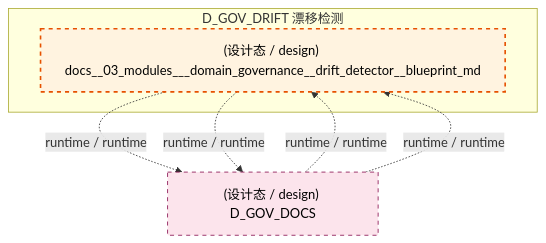
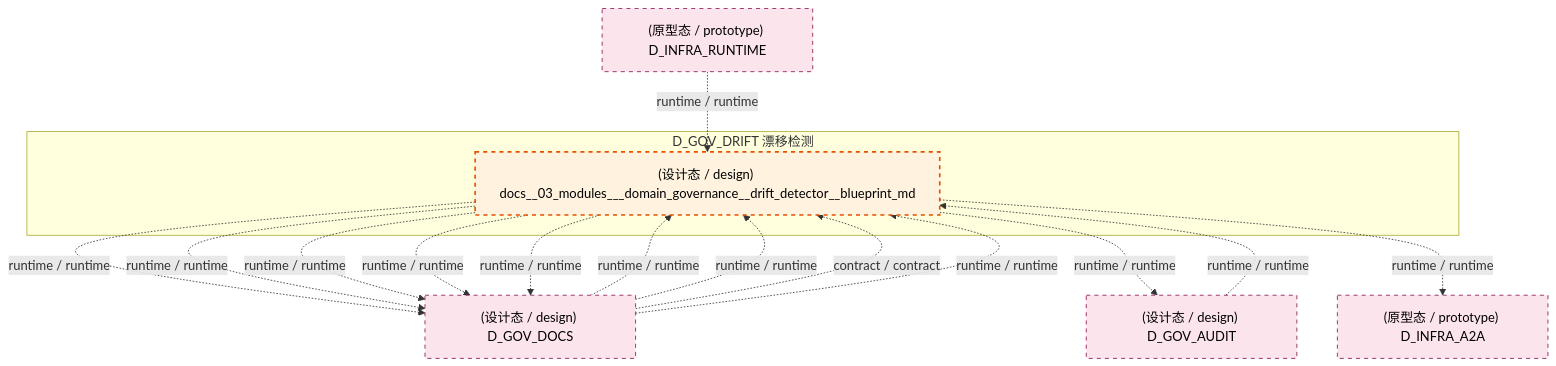
One commit to xuanFelixVan/ZephyrAlpha changed the fifth of 7 diagrams in docs/02_enterprise_architecture/02_domain_architecture_docs/41_d_gov_drift.md. Above: the diagram before and after it, drawn with Mermaid. The commit also changed other lines of this file and 126 other files, not shown here.

````diff
--- a/docs/02_enterprise_architecture/02_domain_architecture_docs/41_d_gov_drift.md
+++ b/docs/02_enterprise_architecture/02_domain_architecture_docs/41_d_gov_drift.md
@@ -552,17 +550,29 @@
 ```mermaid
 graph TD
     subgraph D_GOV_DRIFT["D_GOV_DRIFT 漂移检测"]
         docs_03_modules_domain_governance_drift_detector_blueprint_md["(设计态 / design) docs__03_modules___domain_governance__drift_detector__blueprint_md"]
     end
     D_GOV_DOCS["(设计态 / design) D_GOV_DOCS"]
     docs_03_modules_domain_governance_drift_detector_blueprint_md -.->|runtime / runtime| D_GOV_DOCS
     docs_03_modules_domain_governance_drift_detector_blueprint_md -.->|runtime / runtime| D_GOV_DOCS
+    D_GOV_AUDIT["(设计态 / design) D_GOV_AUDIT"]
+    docs_03_modules_domain_governance_drift_detector_blueprint_md -.->|runtime / runtime| D_GOV_AUDIT
+    D_INFRA_A2A["(原型态 / prototype) D_INFRA_A2A"]
+    docs_03_modules_domain_governance_drift_detector_blueprint_md -.->|runtime / runtime| D_INFRA_A2A
+    docs_03_modules_domain_governance_drift_detector_blueprint_md -.->|runtime / runtime| D_GOV_DOCS
+    docs_03_modules_domain_governance_drift_detector_blueprint_md -.->|runtime / runtime| D_GOV_DOCS
+    docs_03_modules_domain_governance_drift_detector_blueprint_md -.->|runtime / runtime| D_GOV_DOCS
+    D_GOV_AUDIT -.->|runtime / runtime| docs_03_modules_domain_governance_drift_detector_blueprint_md
     D_GOV_DOCS -.->|runtime / runtime| docs_03_modules_domain_governance_drift_detector_blueprint_md
     D_GOV_DOCS -.->|runtime / runtime| docs_03_modules_domain_governance_drift_detector_blueprint_md
+    D_GOV_DOCS -.->|contract / contract| docs_03_modules_domain_governance_drift_detector_blueprint_md
+    D_GOV_DOCS -.->|runtime / runtime| docs_03_modules_domain_governance_drift_detector_blueprint_md
+    D_INFRA_RUNTIME["(原型态 / prototype) D_INFRA_RUNTIME"]
+    D_INFRA_RUNTIME -.->|runtime / runtime| docs_03_modules_domain_governance_drift_detector_blueprint_md
     classDef production fill:#e1f5fe,stroke:#01579b,stroke-width:2px,color:#000
     classDef design fill:#fff3e0,stroke:#e65100,stroke-width:2px,color:#000,stroke-dasharray: 5 5
     classDef external_prod fill:#e8f5e9,stroke:#1b5e20,stroke-width:1px,color:#000
     classDef external_design fill:#fce4ec,stroke:#880e4f,stroke-width:1px,color:#000,stroke-dasharray: 5 5
     class docs_03_modules_domain_governance_drift_detector_blueprint_md design
-    class D_GOV_DOCS external_design
+    class D_GOV_DOCS,D_GOV_AUDIT,D_INFRA_A2A,D_INFRA_RUNTIME external_design
 ```
````
